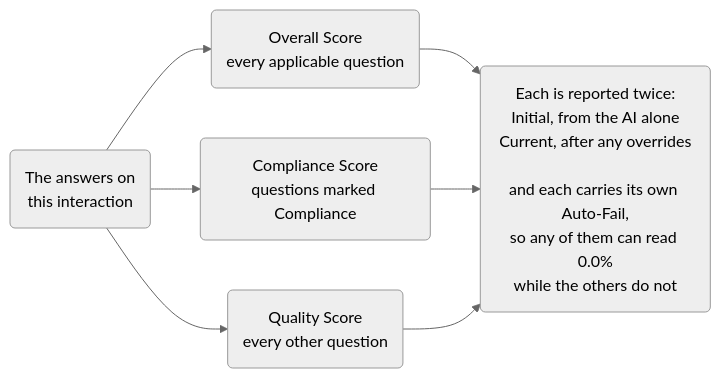
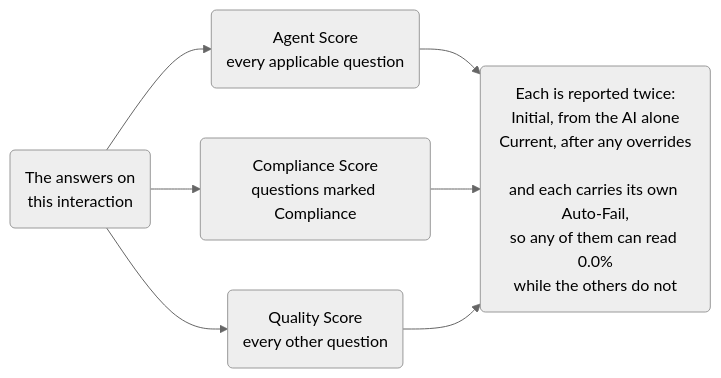
One commit to Botlhale-AI/docs-vela changed the third of 3 diagrams in docs/explanation/how-scoring-works.md. Above: the diagram before and after it, drawn with Mermaid (neutral theme). The commit also changed other lines of this file and 42 other files, not shown here.

````diff
--- a/docs/explanation/how-scoring-works.md
+++ b/docs/explanation/how-scoring-works.md
@@ -138,9 +139,9 @@
 ```mermaid
 flowchart LR
-    Q("The answers on<br/>this interaction") --> S1("Overall Score<br/>every applicable question")
+    Q("The answers on<br/>this interaction") --> S1("Agent Score<br/>every applicable question")
     Q --> S2("Compliance Score<br/>questions marked Compliance")
     Q --> S3("Quality Score<br/>every other question")
     S1 --> I("Each is reported twice:<br/>Initial, from the AI alone<br/>Current, after any overrides<br/><br/>and each carries its own Auto-Fail,<br/>so any of them can read 0.0%<br/>while the others do not")
     S2 --> I
     S3 --> I
 ```
````
